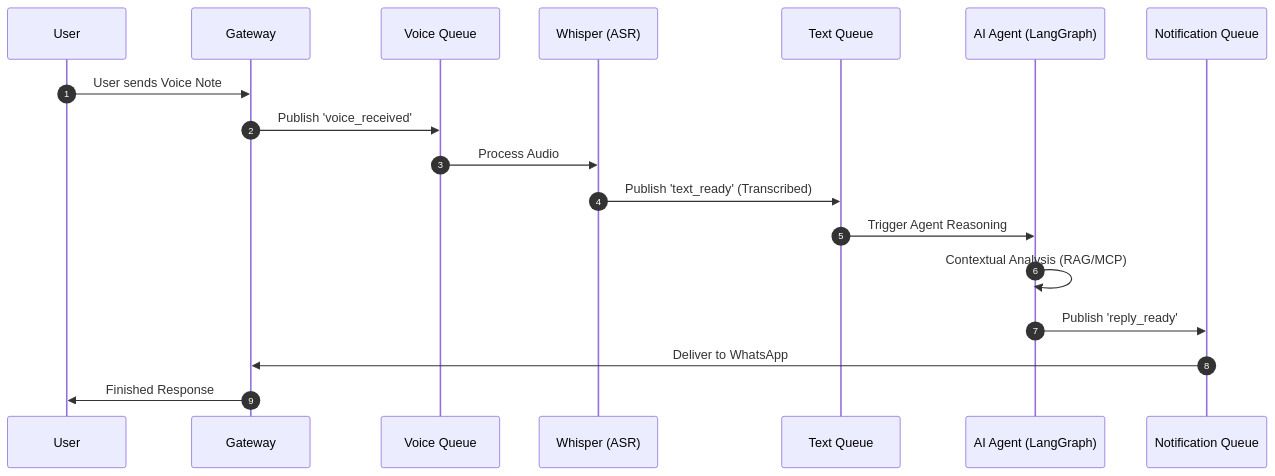
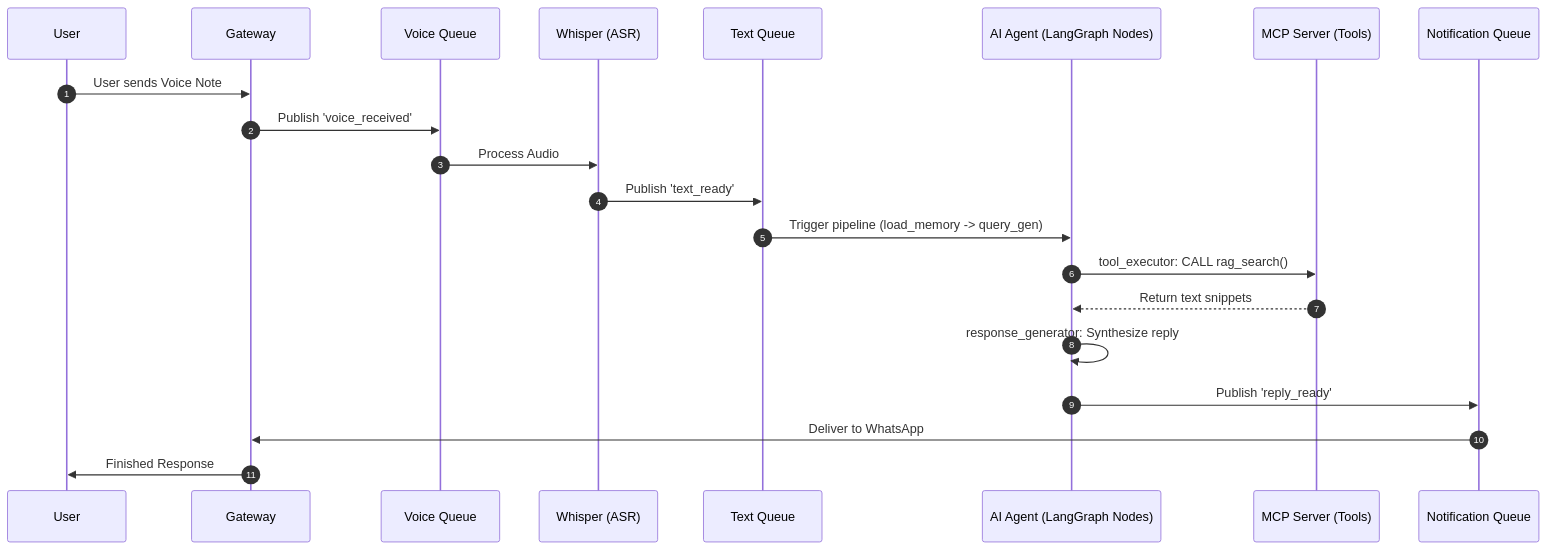
The third of 3 diagrams in docs/architecture.md (NayanthaNethsara/thekade-legalaid), drawn with Mermaid before and after one commit. The commit also changed other lines of this file, not shown here.

Commit message:
docs: Add a detailed LangGraph node architecture diagram and refine service names and flow descriptions.

````diff
--- a/docs/architecture.md
+++ b/docs/architecture.md
@@ -107,21 +129,24 @@
 ```mermaid
 sequenceDiagram
     autonumber
     participant U as User
     participant G as Gateway
     participant VQ as Voice Queue
     participant W as Whisper (ASR)
     participant TQ as Text Queue
-    participant A as AI Agent (LangGraph)
+    participant A as AI Agent (LangGraph Nodes)
+    participant M as MCP Server (Tools)
     participant NQ as Notification Queue
 
     U->>G: User sends Voice Note
     G->>VQ: Publish 'voice_received'
     VQ->>W: Process Audio
-    W->>TQ: Publish 'text_ready' (Transcribed)
-    TQ->>A: Trigger Agent Reasoning
-    A->>A: Contextual Analysis (RAG/MCP)
+    W->>TQ: Publish 'text_ready'
+    TQ->>A: Trigger pipeline (load_memory -> query_gen)
+    A->>M: tool_executor: CALL rag_search()
+    M-->>A: Return text snippets
+    A->>A: response_generator: Synthesize reply
     A->>NQ: Publish 'reply_ready'
     NQ->>G: Deliver to WhatsApp
     G->>U: Finished Response
 ```
````
